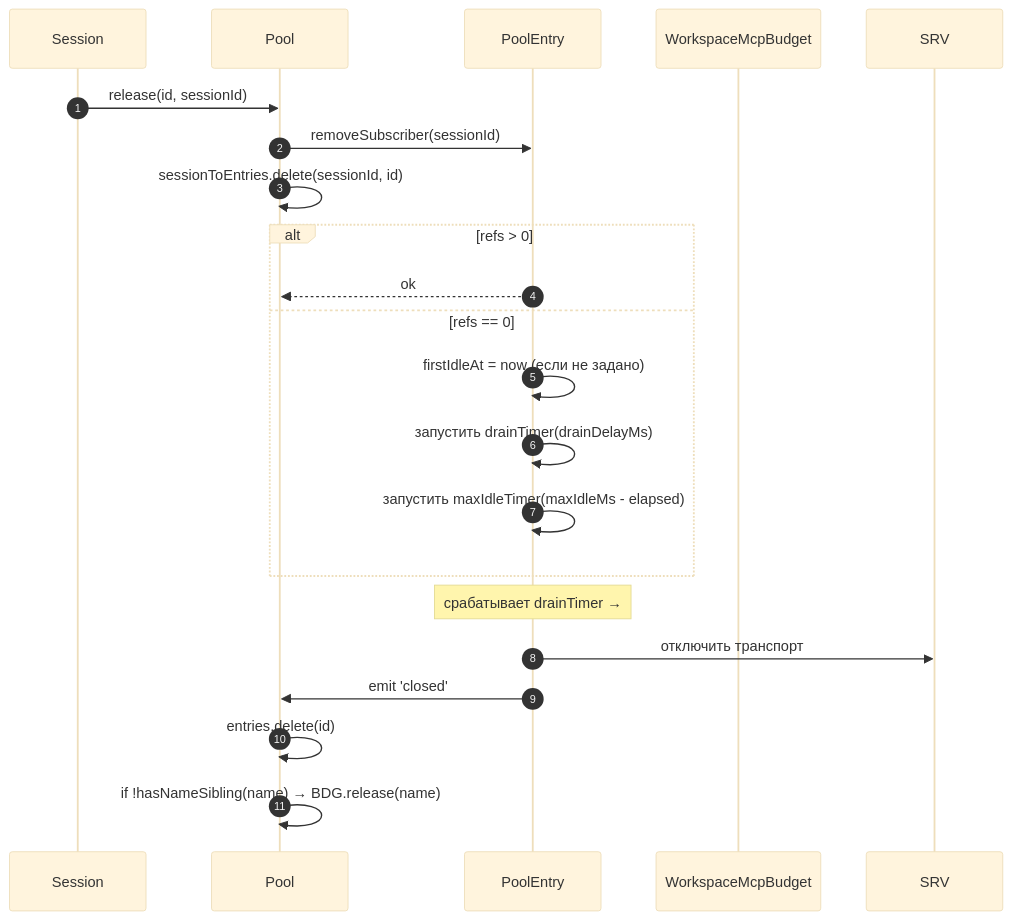
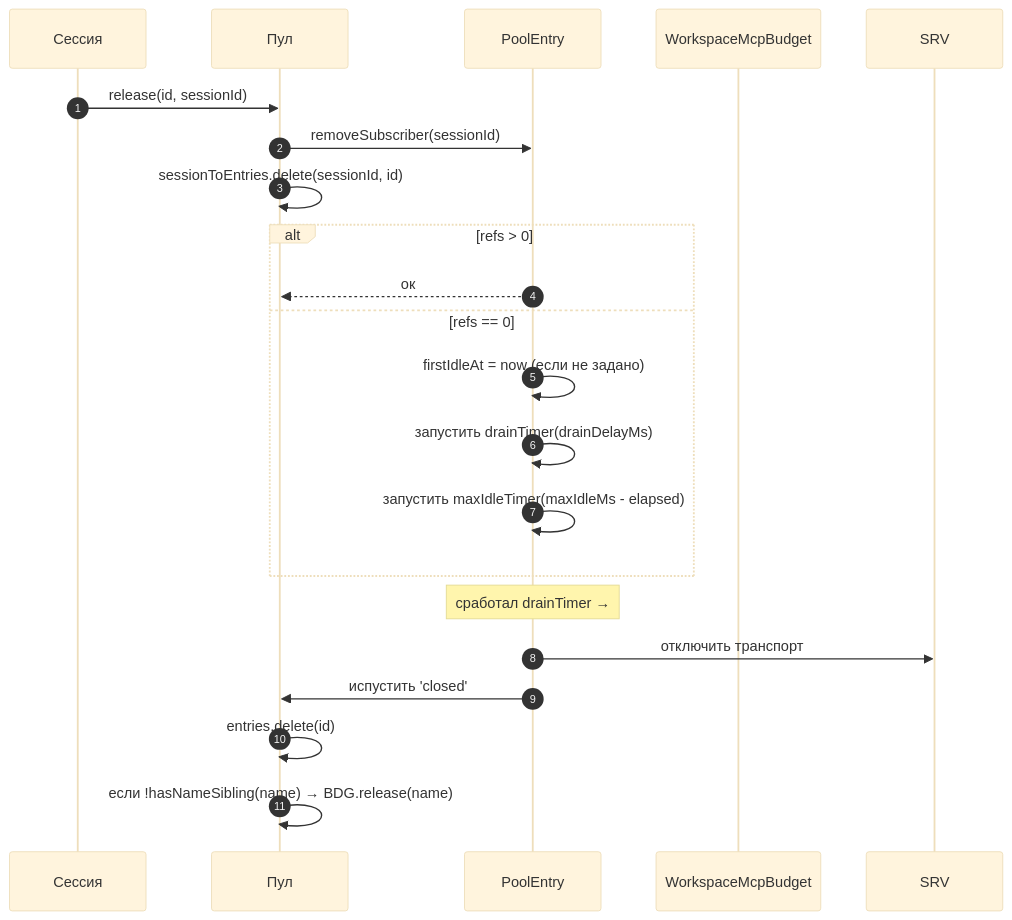
The second of 4 diagrams in website/content/ru/developers/daemon/05-mcp-transport-pool.md (QwenLM/qwen-code-docs), drawn with Mermaid (base theme) before and after one commit. The commit also changed other lines of this file and 1077 other files, not shown here.

````diff
--- a/website/content/ru/developers/daemon/05-mcp-transport-pool.md
+++ b/website/content/ru/developers/daemon/05-mcp-transport-pool.md
@@ -143,24 +144,24 @@
 ```mermaid
 sequenceDiagram
     autonumber
-    participant S as Session
-    participant P as Pool
+    participant S as Сессия
+    participant P as Пул
     participant E as PoolEntry
     participant BDG as WorkspaceMcpBudget
 
     S->>P: release(id, sessionId)
     P->>E: removeSubscriber(sessionId)
     P->>P: sessionToEntries.delete(sessionId, id)
     alt refs > 0
-        E-->>P: ok
+        E-->>P: ок
     else refs == 0
         E->>E: firstIdleAt = now (если не задано)
         E->>E: запустить drainTimer(drainDelayMs)
         E->>E: запустить maxIdleTimer(maxIdleMs - elapsed)
     end
-    Note over E: срабатывает drainTimer →
+    Note over E: сработал drainTimer →
     E->>SRV: отключить транспорт
-    E->>P: emit 'closed'
+    E->>P: испустить 'closed'
     P->>P: entries.delete(id)
-    P->>P: if !hasNameSibling(name) → BDG.release(name)
+    P->>P: если !hasNameSibling(name) → BDG.release(name)
 ```
````
